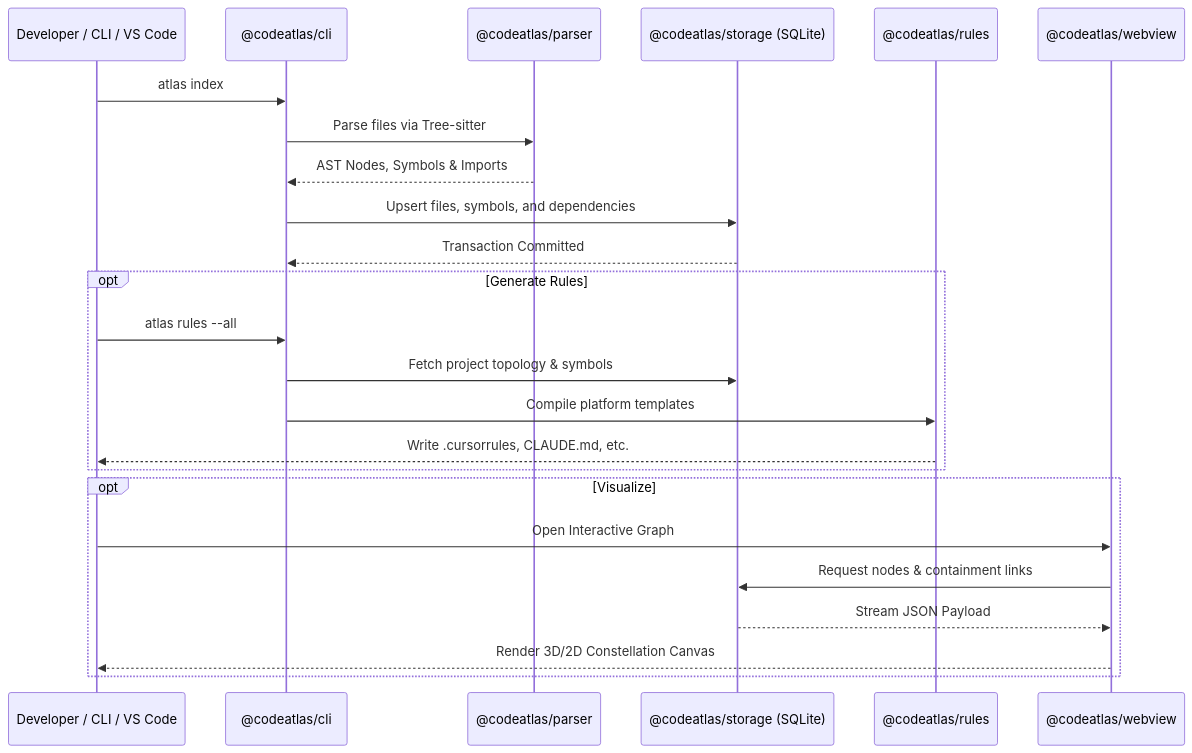
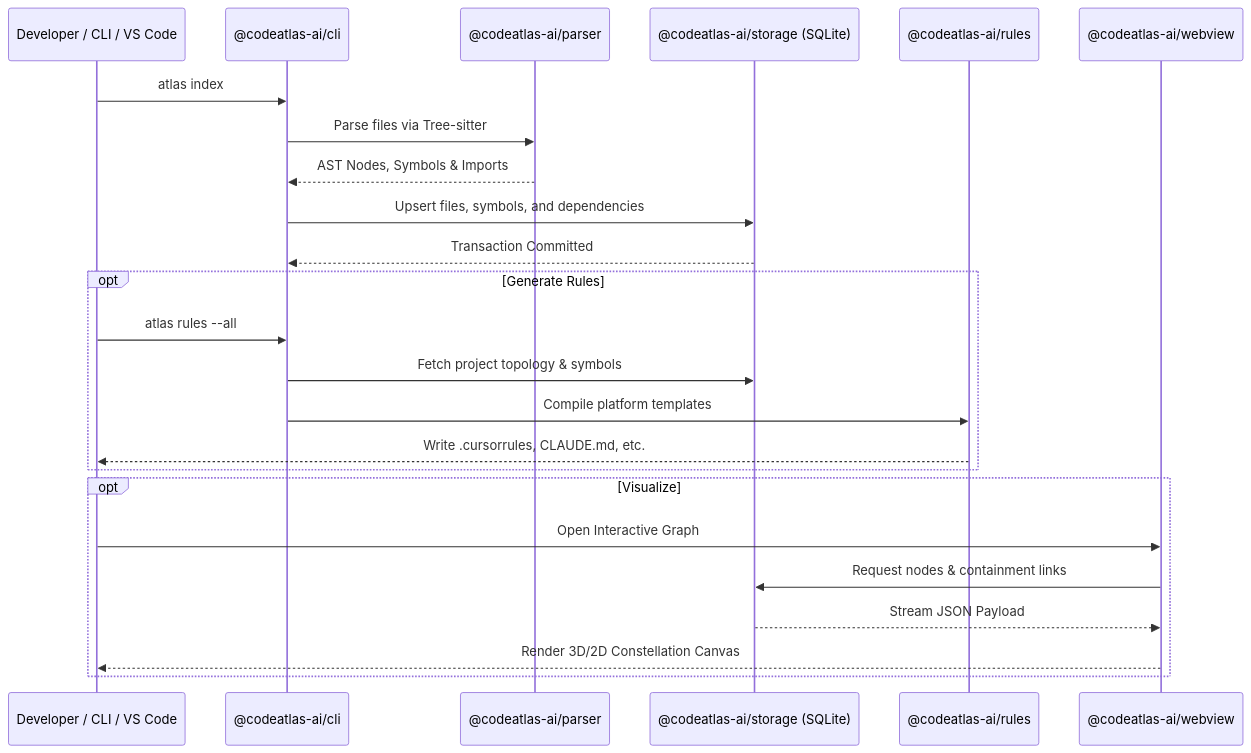
One commit to shditz/codeatlas changed the diagram in apps/docs/guide/architecture.md. Above: the diagram before and after it, drawn with Mermaid. The commit also changed other lines of this file and 117 other files, not shown here.

````diff
--- a/apps/docs/guide/architecture.md
+++ b/apps/docs/guide/architecture.md
@@ -31,29 +31,29 @@
 ```mermaid
 sequenceDiagram
     participant User as Developer / CLI / VS Code
-    participant CLI as @codeatlas/cli
-    participant Parser as @codeatlas/parser
-    participant Storage as @codeatlas/storage (SQLite)
-    participant Rules as @codeatlas/rules
-    participant Webview as @codeatlas/webview
+    participant CLI as @codeatlas-ai/cli
+    participant Parser as @codeatlas-ai/parser
+    participant Storage as @codeatlas-ai/storage (SQLite)
+    participant Rules as @codeatlas-ai/rules
+    participant Webview as @codeatlas-ai/webview
 
     User->>CLI: atlas index
     CLI->>Parser: Parse files via Tree-sitter
     Parser-->>CLI: AST Nodes, Symbols & Imports
     CLI->>Storage: Upsert files, symbols, and dependencies
     Storage-->>CLI: Transaction Committed
 
     opt Generate Rules
         User->>CLI: atlas rules --all
         CLI->>Storage: Fetch project topology & symbols
         CLI->>Rules: Compile platform templates
         Rules-->>User: Write .cursorrules, CLAUDE.md, etc.
     end
 
     opt Visualize
         User->>Webview: Open Interactive Graph
         Webview->>Storage: Request nodes & containment links
         Storage-->>Webview: Stream JSON Payload
         Webview-->>User: Render 3D/2D Constellation Canvas
     end
 ```
````
